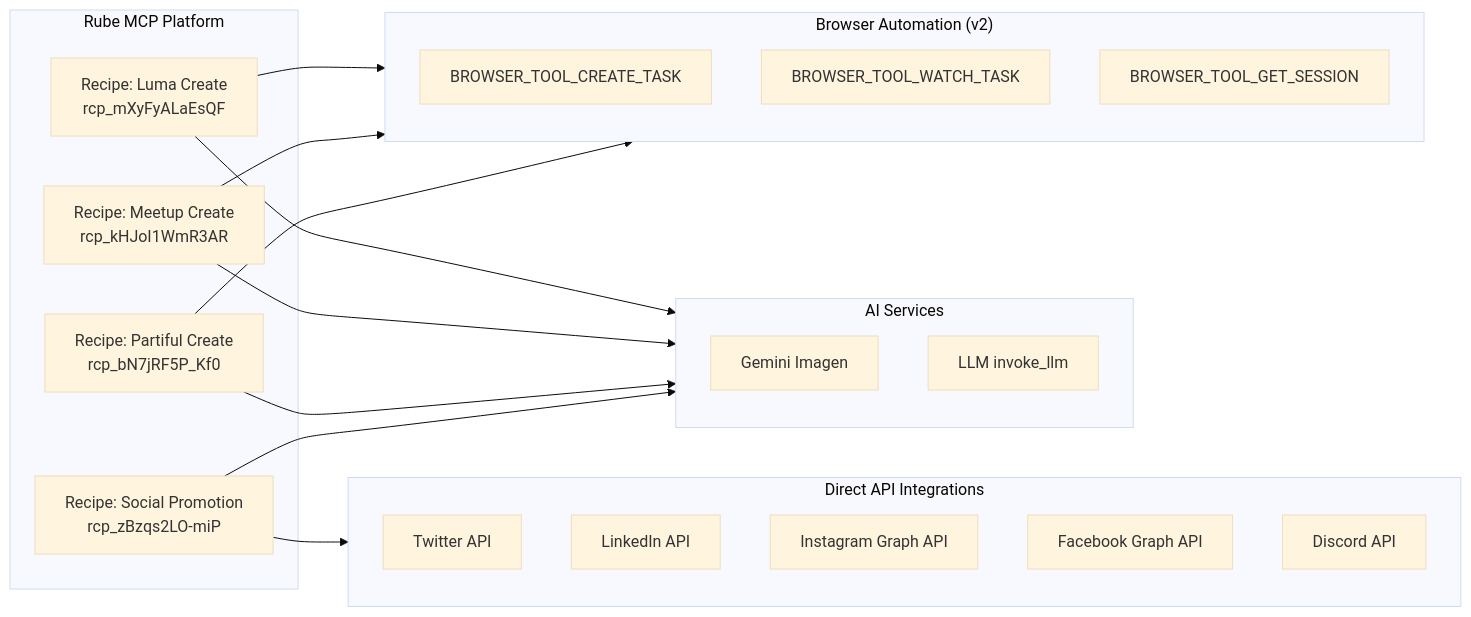
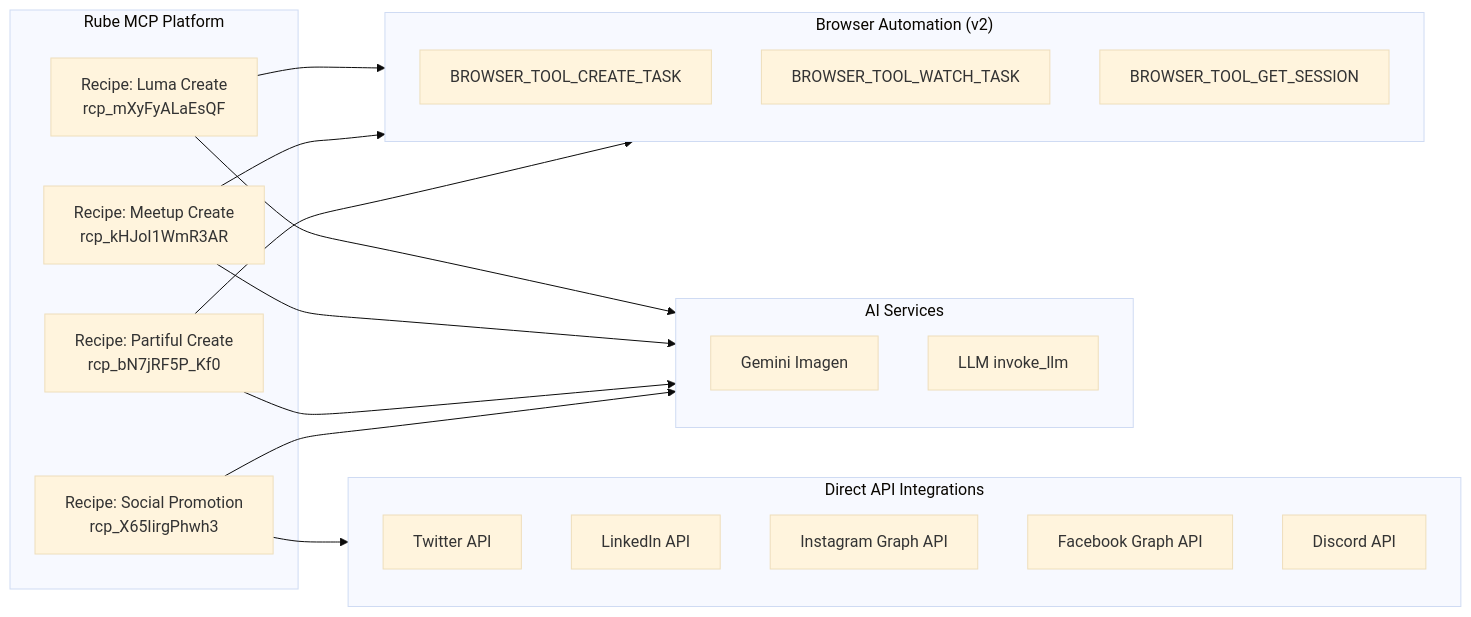
Before and after one commit to Coffee-Code-Philly-Accelerator/CCP-Digital-Marketing: the second of 6 diagrams in README.md, drawn with Mermaid (base theme). The commit also changed other lines of this file and 7 other files, not shown here.

First line of the commit message:
Fix social promotion recipe: sequential execution, new recipe ID

````diff
--- a/README.md
+++ b/README.md
@@ -62,33 +62,33 @@
 ```mermaid
 flowchart LR
     subgraph Rube["Rube MCP Platform"]
         R1[Recipe: Luma Create<br/>rcp_mXyFyALaEsQF]
         R2[Recipe: Meetup Create<br/>rcp_kHJoI1WmR3AR]
         R3[Recipe: Partiful Create<br/>rcp_bN7jRF5P_Kf0]
-        R4[Recipe: Social Promotion<br/>rcp_zBzqs2LO-miP]
+        R4[Recipe: Social Promotion<br/>rcp_X65IirgPhwh3]
     end
 
     subgraph Browser["Browser Automation (v2)"]
         BA[BROWSER_TOOL_CREATE_TASK]
         BB[BROWSER_TOOL_WATCH_TASK]
         BC[BROWSER_TOOL_GET_SESSION]
     end
 
     subgraph APIs["Direct API Integrations"]
         API1[Twitter API]
         API2[LinkedIn API]
         API3[Instagram Graph API]
         API4[Facebook Graph API]
         API5[Discord API]
     end
 
     subgraph AI["AI Services"]
         AI1[Gemini Imagen]
         AI2[LLM invoke_llm]
     end
 
     R1 & R2 & R3 --> Browser
     R1 & R2 & R3 --> AI
     R4 --> APIs
     R4 --> AI
 ```
````
